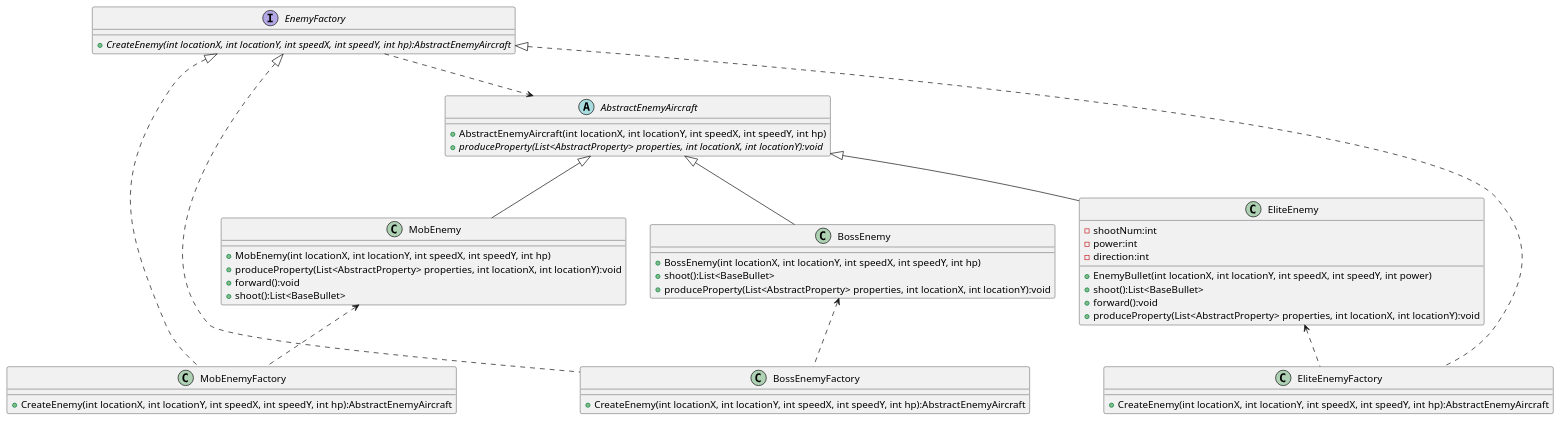
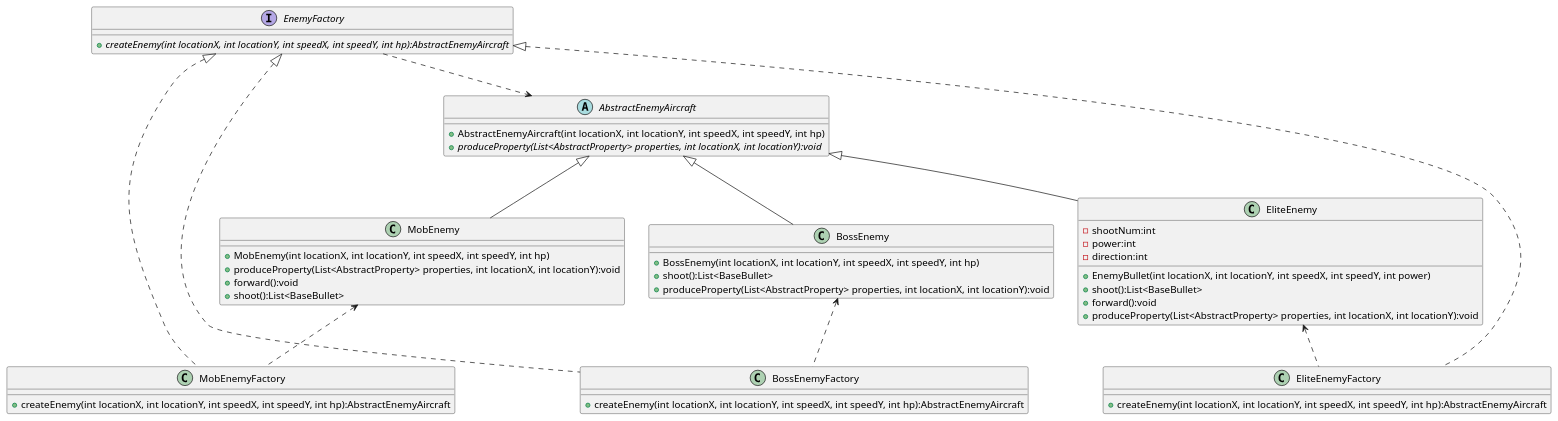
The diagram in uml/uml_exp2_Factory1.puml (Stone749990226/AircraftWar), drawn with PlantUML before and after one commit. The commit also changed 7 other files, not shown here.

```diff
--- a/uml/uml_exp2_Factory1.puml
+++ b/uml/uml_exp2_Factory1.puml
@@ -1,56 +1,56 @@
 @startuml
 
 
 abstract class AbstractEnemyAircraft{
 + AbstractEnemyAircraft(int locationX, int locationY, int speedX, int speedY, int hp)
 + {abstract} produceProperty(List<AbstractProperty> properties, int locationX, int locationY):void
 }
 class MobEnemy{
 + MobEnemy(int locationX, int locationY, int speedX, int speedY, int hp)
 + produceProperty(List<AbstractProperty> properties, int locationX, int locationY):void
 + forward():void
 + shoot():List<BaseBullet>
 }
 class EliteEnemy {
 - shootNum:int
 - power:int
 - direction:int
 + EnemyBullet(int locationX, int locationY, int speedX, int speedY, int power)
 + shoot():List<BaseBullet>
 + forward():void
 + produceProperty(List<AbstractProperty> properties, int locationX, int locationY):void
 }
 class BossEnemy {
 + BossEnemy(int locationX, int locationY, int speedX, int speedY, int hp)
 + shoot():List<BaseBullet>
 + produceProperty(List<AbstractProperty> properties, int locationX, int locationY):void
 }
 
 Interface EnemyFactory{
-+ {abstract} CreateEnemy(int locationX, int locationY, int speedX, int speedY, int hp):AbstractEnemyAircraft
++ {abstract} createEnemy(int locationX, int locationY, int speedX, int speedY, int hp):AbstractEnemyAircraft
 }
 class MobEnemyFactory{
-+ CreateEnemy(int locationX, int locationY, int speedX, int speedY, int hp):AbstractEnemyAircraft
++ createEnemy(int locationX, int locationY, int speedX, int speedY, int hp):AbstractEnemyAircraft
 }
 class EliteEnemyFactory{
-+ CreateEnemy(int locationX, int locationY, int speedX, int speedY, int hp):AbstractEnemyAircraft
++ createEnemy(int locationX, int locationY, int speedX, int speedY, int hp):AbstractEnemyAircraft
 }
 class BossEnemyFactory{
-+ CreateEnemy(int locationX, int locationY, int speedX, int speedY, int hp):AbstractEnemyAircraft
++ createEnemy(int locationX, int locationY, int speedX, int speedY, int hp):AbstractEnemyAircraft
 }
 EnemyFactory <|.. MobEnemyFactory
 EnemyFactory <|.. EliteEnemyFactory
 EnemyFactory <|.. BossEnemyFactory
 
 AbstractEnemyAircraft <|-- EliteEnemy
 AbstractEnemyAircraft <|-- BossEnemy
 AbstractEnemyAircraft <|-- MobEnemy
 
 MobEnemy <.. MobEnemyFactory
 EliteEnemy <.. EliteEnemyFactory
 BossEnemy <.. BossEnemyFactory
 
 EnemyFactory ..> AbstractEnemyAircraft
 
 
 @enduml
```
